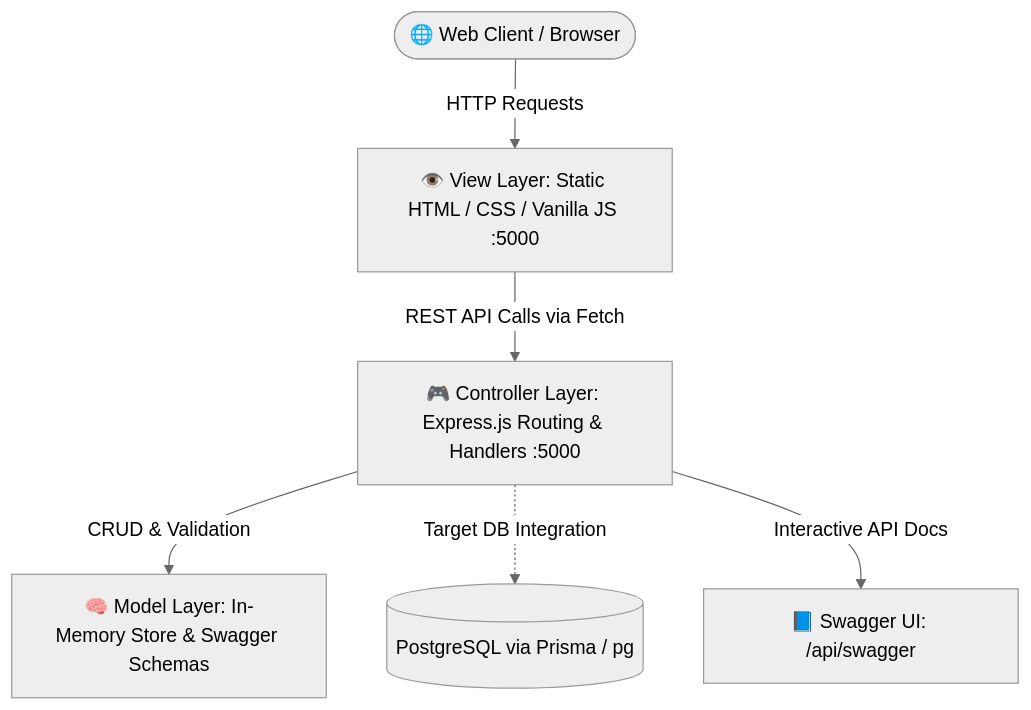
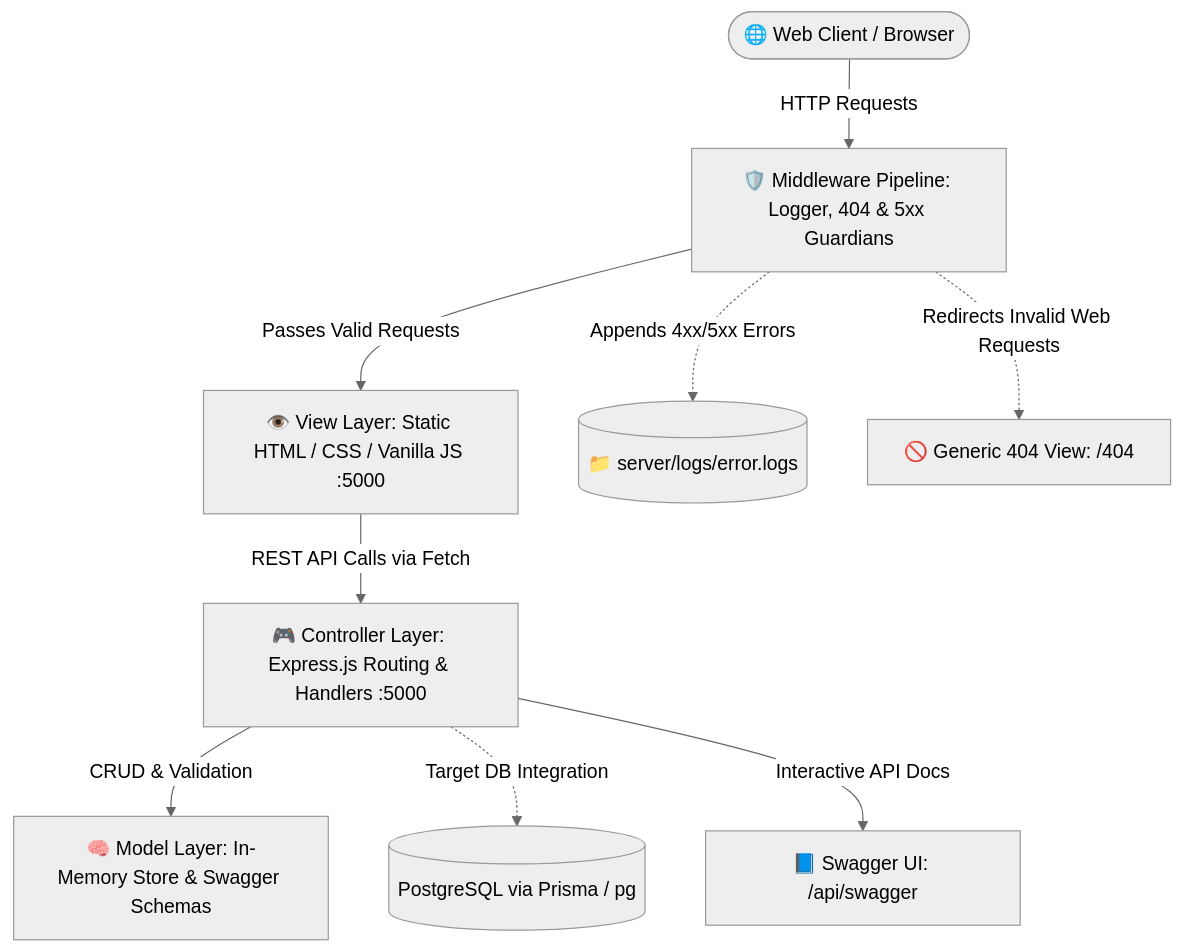
The first of 5 diagrams in README.md (mehmetrasid0/Alumni), drawn with Mermaid (neutral theme) before and after one commit. The commit also changed other lines of this file and 1 other file, not shown here.

Commit message:
docs: update README.md and DDD.md with job rules, HTTP middleware suite, error persistence and 404 UI

````diff
--- a/README.md
+++ b/README.md
@@ -234,8 +275,11 @@
 ```mermaid
 graph TD
-    User(["🌐 Web Client / Browser"]) -->|HTTP Requests| View["👁️ View Layer: Static HTML / CSS / Vanilla JS :5000"]
+    User(["🌐 Web Client / Browser"]) -->|HTTP Requests| Middleware["🛡️ Middleware Pipeline: Logger, 404 & 5xx Guardians"]
+    Middleware -->|Passes Valid Requests| View["👁️ View Layer: Static HTML / CSS / Vanilla JS :5000"]
+    Middleware -.->|Appends 4xx/5xx Errors| ErrorLog[("📁 server/logs/error.logs")]
     View -->|REST API Calls via Fetch| Controller["🎮 Controller Layer: Express.js Routing & Handlers :5000"]
     Controller -->|CRUD & Validation| Model["🧠 Model Layer: In-Memory Store & Swagger Schemas"]
     Controller -.->|Target DB Integration| DB[("PostgreSQL via Prisma / pg")]
     Controller -->|Interactive API Docs| SwaggerUI["📘 Swagger UI: /api/swagger"]
+    Middleware -.->|Redirects Invalid Web Requests| NotFoundPage["🚫 Generic 404 View: /404"]
 ```
````
